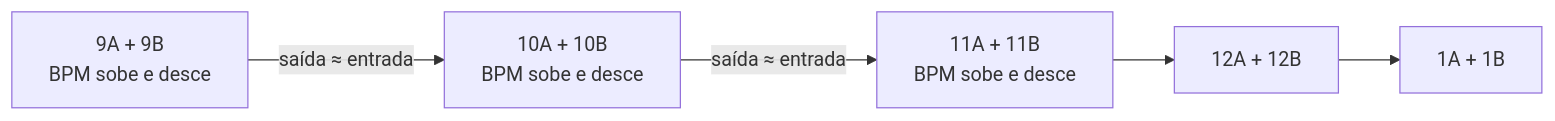
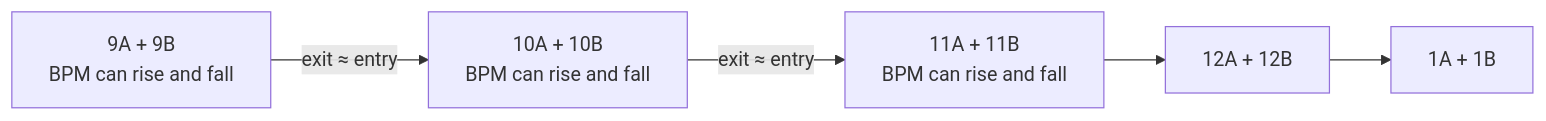
Before and after one commit to braga1k/spotify-camelot-clusters: the diagram in README.md, drawn with Mermaid. The commit also changed other lines of this file, not shown here.

````diff
--- a/README.md
+++ b/README.md
@@ -17,7 +17,7 @@
 ```mermaid
 flowchart LR
-    C9["9A + 9B<br/>BPM sobe e desce"] -->|"saída ≈ entrada"| C10["10A + 10B<br/>BPM sobe e desce"]
-    C10 -->|"saída ≈ entrada"| C11["11A + 11B<br/>BPM sobe e desce"]
+    C9["9A + 9B<br/>BPM can rise and fall"] -->|"exit ≈ entry"| C10["10A + 10B<br/>BPM can rise and fall"]
+    C10 -->|"exit ≈ entry"| C11["11A + 11B<br/>BPM can rise and fall"]
     C11 --> C12["12A + 12B"]
     C12 --> C1["1A + 1B"]
 ```
````
